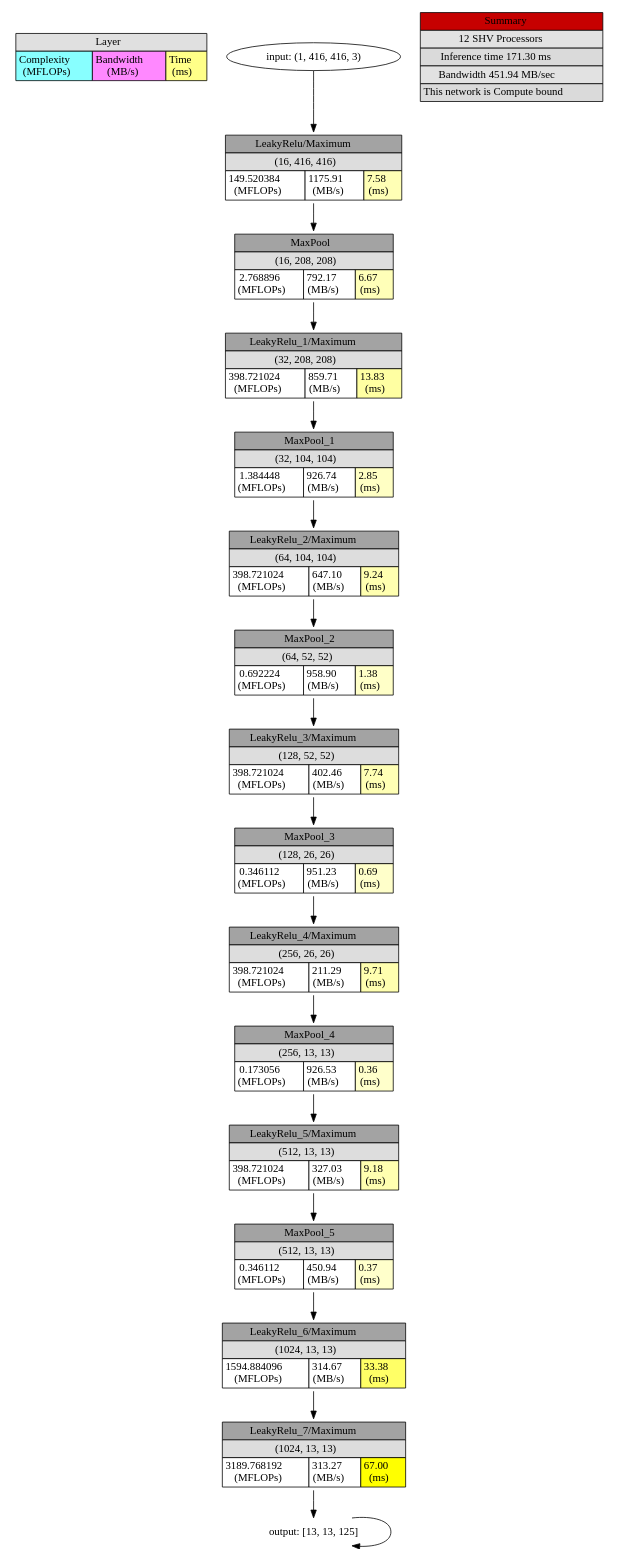
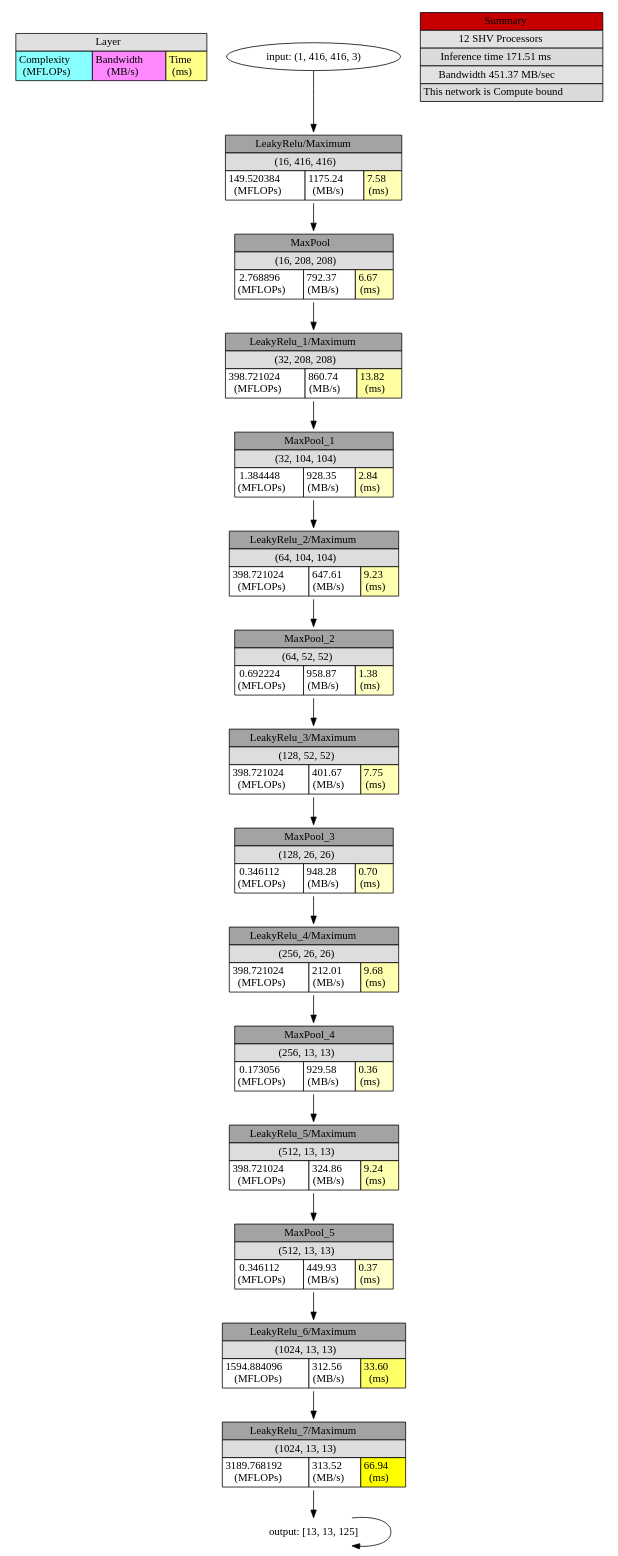
Before and after one commit to bastiaanv/Yolov2-tiny-tf-NCS: the diagram in model/output.gv, drawn with Graphviz. The commit also changed 13 other files, not shown here.

```diff
--- a/model/output.gv
+++ b/model/output.gv
@@ -17,7 +17,7 @@
 </TR>
 <TR>
     <TD BGCOLOR = "#FFFFFF"> 149.520384 <br/> (MFLOPs) </TD>
-    <TD BGCOLOR = "#FFFFFF"> 1175.91 <br/> (MB/s) </TD>
+    <TD BGCOLOR = "#FFFFFF"> 1175.24 <br/> (MB/s) </TD>
     <TD BGCOLOR = "#FFFFB5"> 7.58 <br/> (ms)</TD>
 </TR>
 </TABLE>>
@@ -33,7 +33,7 @@
 </TR>
 <TR>
     <TD BGCOLOR = "#FFFFFF"> 2.768896 <br/> (MFLOPs) </TD>
-    <TD BGCOLOR = "#FFFFFF"> 792.17 <br/> (MB/s) </TD>
+    <TD BGCOLOR = "#FFFFFF"> 792.37 <br/> (MB/s) </TD>
     <TD BGCOLOR = "#FFFFB8"> 6.67 <br/> (ms)</TD>
 </TR>
 </TABLE>>
@@ -49,8 +49,8 @@
 </TR>
 <TR>
     <TD BGCOLOR = "#FFFFFF"> 398.721024 <br/> (MFLOPs) </TD>
-    <TD BGCOLOR = "#FFFFFF"> 859.71 <br/> (MB/s) </TD>
-    <TD BGCOLOR = "#FFFFA2"> 13.83 <br/> (ms)</TD>
+    <TD BGCOLOR = "#FFFFFF"> 860.74 <br/> (MB/s) </TD>
+    <TD BGCOLOR = "#FFFFA2"> 13.82 <br/> (ms)</TD>
 </TR>
 </TABLE>>
  shape=plaintext]
@@ -65,8 +65,8 @@
 </TR>
 <TR>
     <TD BGCOLOR = "#FFFFFF"> 1.384448 <br/> (MFLOPs) </TD>
-    <TD BGCOLOR = "#FFFFFF"> 926.74 <br/> (MB/s) </TD>
-    <TD BGCOLOR = "#FFFFC4"> 2.85 <br/> (ms)</TD>
+    <TD BGCOLOR = "#FFFFFF"> 928.35 <br/> (MB/s) </TD>
+    <TD BGCOLOR = "#FFFFC4"> 2.84 <br/> (ms)</TD>
 </TR>
 </TABLE>>
  shape=plaintext]
@@ -81,8 +81,8 @@
 </TR>
 <TR>
     <TD BGCOLOR = "#FFFFFF"> 398.721024 <br/> (MFLOPs) </TD>
-    <TD BGCOLOR = "#FFFFFF"> 647.10 <br/> (MB/s) </TD>
-    <TD BGCOLOR = "#FFFFB0"> 9.24 <br/> (ms)</TD>
+    <TD BGCOLOR = "#FFFFFF"> 647.61 <br/> (MB/s) </TD>
+    <TD BGCOLOR = "#FFFFB0"> 9.23 <br/> (ms)</TD>
 </TR>
 </TABLE>>
  shape=plaintext]
@@ -97,7 +97,7 @@
 </TR>
 <TR>
     <TD BGCOLOR = "#FFFFFF"> 0.692224 <br/> (MFLOPs) </TD>
-    <TD BGCOLOR = "#FFFFFF"> 958.90 <br/> (MB/s) </TD>
+    <TD BGCOLOR = "#FFFFFF"> 958.87 <br/> (MB/s) </TD>
     <TD BGCOLOR = "#FFFFC8"> 1.38 <br/> (ms)</TD>
 </TR>
 </TABLE>>
@@ -113,8 +113,8 @@
 </TR>
 <TR>
     <TD BGCOLOR = "#FFFFFF"> 398.721024 <br/> (MFLOPs) </TD>
-    <TD BGCOLOR = "#FFFFFF"> 402.46 <br/> (MB/s) </TD>
-    <TD BGCOLOR = "#FFFFB5"> 7.74 <br/> (ms)</TD>
+    <TD BGCOLOR = "#FFFFFF"> 401.67 <br/> (MB/s) </TD>
+    <TD BGCOLOR = "#FFFFB5"> 7.75 <br/> (ms)</TD>
 </TR>
 </TABLE>>
  shape=plaintext]
@@ -129,8 +129,8 @@
 </TR>
 <TR>
     <TD BGCOLOR = "#FFFFFF"> 0.346112 <br/> (MFLOPs) </TD>
-    <TD BGCOLOR = "#FFFFFF"> 951.23 <br/> (MB/s) </TD>
-    <TD BGCOLOR = "#FFFFCA"> 0.69 <br/> (ms)</TD>
+    <TD BGCOLOR = "#FFFFFF"> 948.28 <br/> (MB/s) </TD>
+    <TD BGCOLOR = "#FFFFCA"> 0.70 <br/> (ms)</TD>
 </TR>
 </TABLE>>
  shape=plaintext]
@@ -145,8 +145,8 @@
 </TR>
 <TR>
     <TD BGCOLOR = "#FFFFFF"> 398.721024 <br/> (MFLOPs) </TD>
-    <TD BGCOLOR = "#FFFFFF"> 211.29 <br/> (MB/s) </TD>
-    <TD BGCOLOR = "#FFFFAF"> 9.71 <br/> (ms)</TD>
+    <TD BGCOLOR = "#FFFFFF"> 212.01 <br/> (MB/s) </TD>
+    <TD BGCOLOR = "#FFFFAF"> 9.68 <br/> (ms)</TD>
 </TR>
 </TABLE>>
  shape=plaintext]
@@ -161,7 +161,7 @@
 </TR>
 <TR>
     <TD BGCOLOR = "#FFFFFF"> 0.173056 <br/> (MFLOPs) </TD>
-    <TD BGCOLOR = "#FFFFFF"> 926.53 <br/> (MB/s) </TD>
+    <TD BGCOLOR = "#FFFFFF"> 929.58 <br/> (MB/s) </TD>
     <TD BGCOLOR = "#FFFFCB"> 0.36 <br/> (ms)</TD>
 </TR>
 </TABLE>>
@@ -177,8 +177,8 @@
 </TR>
 <TR>
     <TD BGCOLOR = "#FFFFFF"> 398.721024 <br/> (MFLOPs) </TD>
-    <TD BGCOLOR = "#FFFFFF"> 327.03 <br/> (MB/s) </TD>
-    <TD BGCOLOR = "#FFFFB0"> 9.18 <br/> (ms)</TD>
+    <TD BGCOLOR = "#FFFFFF"> 324.86 <br/> (MB/s) </TD>
+    <TD BGCOLOR = "#FFFFB0"> 9.24 <br/> (ms)</TD>
 </TR>
 </TABLE>>
  shape=plaintext]
@@ -193,7 +193,7 @@
 </TR>
 <TR>
     <TD BGCOLOR = "#FFFFFF"> 0.346112 <br/> (MFLOPs) </TD>
-    <TD BGCOLOR = "#FFFFFF"> 450.94 <br/> (MB/s) </TD>
+    <TD BGCOLOR = "#FFFFFF"> 449.93 <br/> (MB/s) </TD>
     <TD BGCOLOR = "#FFFFCB"> 0.37 <br/> (ms)</TD>
 </TR>
 </TABLE>>
@@ -209,8 +209,8 @@
 </TR>
 <TR>
     <TD BGCOLOR = "#FFFFFF"> 1594.884096 <br/> (MFLOPs) </TD>
-    <TD BGCOLOR = "#FFFFFF"> 314.67 <br/> (MB/s) </TD>
-    <TD BGCOLOR = "#FFFF66"> 33.38 <br/> (ms)</TD>
+    <TD BGCOLOR = "#FFFFFF"> 312.56 <br/> (MB/s) </TD>
+    <TD BGCOLOR = "#FFFF66"> 33.60 <br/> (ms)</TD>
 </TR>
 </TABLE>>
  shape=plaintext]
@@ -225,8 +225,8 @@
 </TR>
 <TR>
     <TD BGCOLOR = "#FFFFFF"> 3189.768192 <br/> (MFLOPs) </TD>
-    <TD BGCOLOR = "#FFFFFF"> 313.27 <br/> (MB/s) </TD>
-    <TD BGCOLOR = "#FFFF0"> 67.00 <br/> (ms)</TD>
+    <TD BGCOLOR = "#FFFFFF"> 313.52 <br/> (MB/s) </TD>
+    <TD BGCOLOR = "#FFFF0"> 66.94 <br/> (ms)</TD>
 </TR>
 </TABLE>>
  shape=plaintext]
@@ -241,8 +241,8 @@
 </TR>
 <TR>
     <TD BGCOLOR = "#FFFFFF"> 43.264 <br/> (MFLOPs) </TD>
-    <TD BGCOLOR = "#FFFFFF"> 431.82 <br/> (MB/s) </TD>
-    <TD BGCOLOR = "#FFFFC9"> 1.33 <br/> (ms)</TD>
+    <TD BGCOLOR = "#FFFFFF"> 423.75 <br/> (MB/s) </TD>
+    <TD BGCOLOR = "#FFFFC8"> 1.36 <br/> (ms)</TD>
 </TR>
 </TABLE>>
  shape=plaintext]
@@ -252,8 +252,8 @@
 	Summary [label=<<TABLE BORDER="0" CELLBORDER="1" CELLSPACING="0" CELLPADDING="3">
 <TR><TD  BGCOLOR = "#C60000" COLSPAN="3">Summary</TD></TR>
 <TR><TD  BGCOLOR = "#E2E2E2" COLSPAN="3">12 SHV Processors</TD></TR>
-<TR><TD  BGCOLOR = "#DADADA" COLSPAN="3">Inference time 171.30 ms</TD></TR>
-<TR><TD  BGCOLOR = "#E2E2E2" COLSPAN="3">Bandwidth 451.94 MB/sec</TD></TR>
+<TR><TD  BGCOLOR = "#DADADA" COLSPAN="3">Inference time 171.51 ms</TD></TR>
+<TR><TD  BGCOLOR = "#E2E2E2" COLSPAN="3">Bandwidth 451.37 MB/sec</TD></TR>
 <TR><TD  BGCOLOR = "#DADADA" COLSPAN="3">This network is Compute bound</TD></TR>
 </TABLE>>
  shape=plaintext]
```
